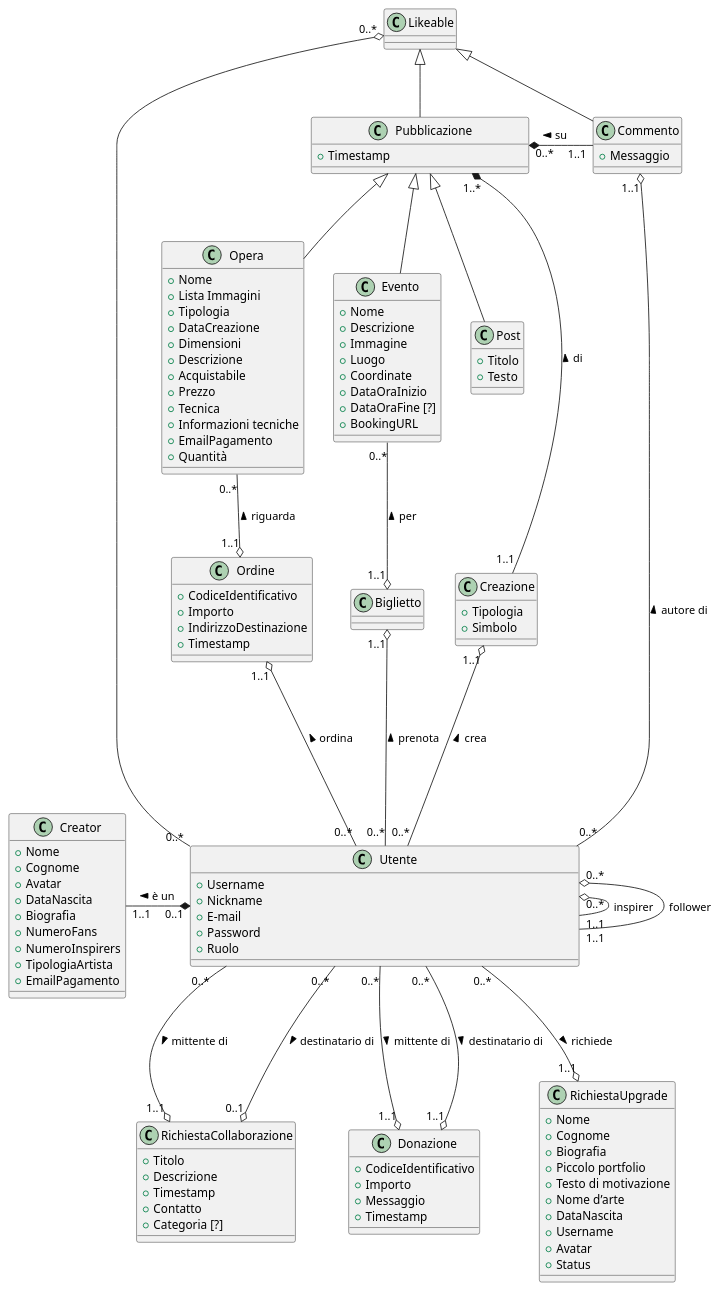
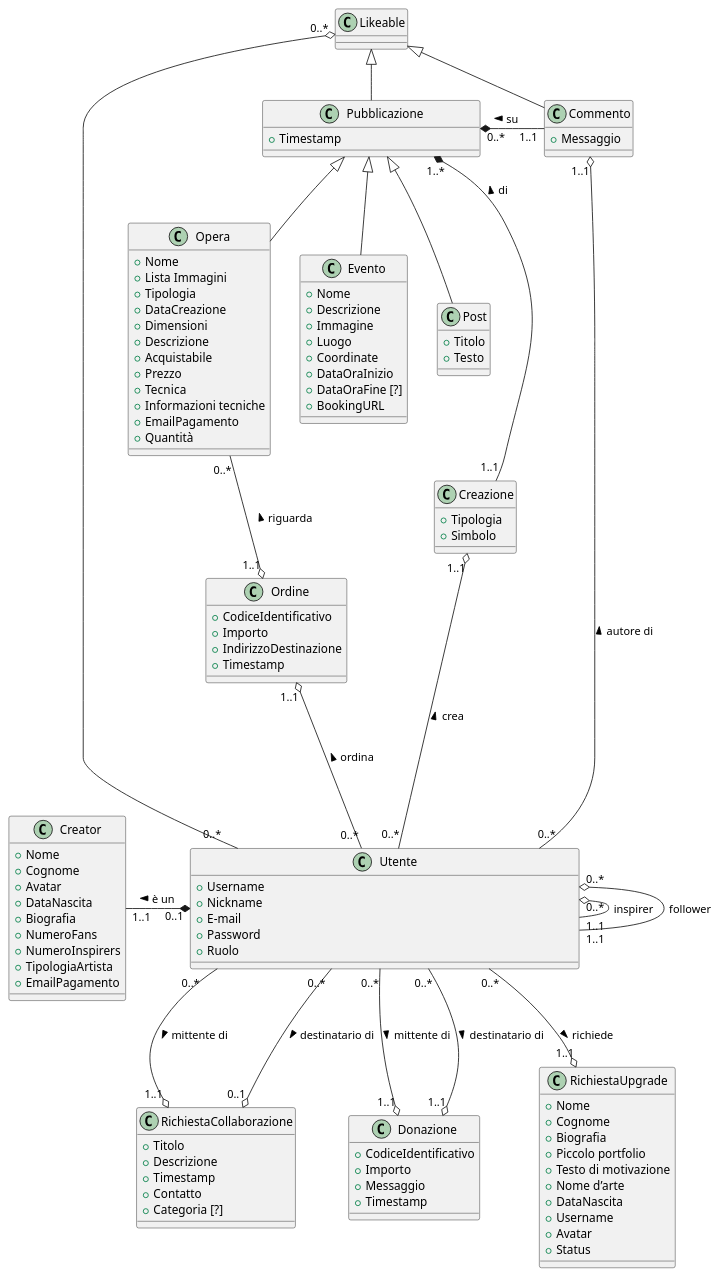
One commit to creative-hub-taass/analisi changed the diagram in class-diagram/class-diagram-er.puml. Above: the diagram before and after it, drawn with PlantUML. The commit also changed 4 other files, not shown here.

Commit message:
updated class-diagram and design-pattern + png export

```diff
--- a/class-diagram/class-diagram-er.puml
+++ b/class-diagram/class-diagram-er.puml
@@ -1,133 +1,129 @@
 @startuml
-skinparam ranksep 80
 
 class Utente {
 + Username
 + Nickname
 + E-mail
 + Password
 + Ruolo \t\t\t\t\t\t\t\t\t\t\t\t\t\t
 }
 
 class Creator {
 + Nome
 + Cognome
 + Avatar
 + DataNascita
 + Biografia
 + NumeroFans
 + NumeroInspirers
 + TipologiaArtista
 + EmailPagamento
 }
 
 class Creazione {
 + Tipologia
 + Simbolo
 }
 
 class Opera {
 + Nome
 + Lista Immagini
 + Tipologia
 + DataCreazione
 + Dimensioni
 + Descrizione
 + Acquistabile
 + Prezzo
 + Tecnica
 + Informazioni tecniche
 + EmailPagamento
 + Quantità
 }
 
 class Post {
 + Titolo
 + Testo
 }
 
 class Evento {
 + Nome
 + Descrizione
 + Immagine
 + Luogo
 + Coordinate
 + DataOraInizio
 + DataOraFine [?]
 + BookingURL
 }
 
 class Commento {
 + Messaggio
 }
 
 class Pubblicazione {
 + Timestamp \t\t\t\t\t\t
 }
 
 class Likeable {
 }
 
 class RichiestaCollaborazione {
 + Titolo
 + Descrizione
 + Timestamp
 + Contatto
 + Categoria [?]
 }
 
 
 class Donazione {
 + CodiceIdentificativo
 + Importo
 + Messaggio
 + Timestamp
 }
 
 class Ordine {
 + CodiceIdentificativo
 + Importo
 + IndirizzoDestinazione
 + Timestamp
 }
 
 class RichiestaUpgrade {
 + Nome
 + Cognome
 + Biografia
 + Piccolo portfolio
 + Testo di motivazione
 + Nome d’arte
 + DataNascita
 + Username
 + Avatar
 + Status
 }
 
 Opera --up|> Pubblicazione
 Post -up-|> Pubblicazione
 Evento -up-|> Pubblicazione
 Pubblicazione -up-|> Likeable
 Commento -up-|> Likeable
 Utente "0..*" o- "1..1" Utente : inspirer\t
 Utente "0..*" o- "1..1" Utente : follower
 Utente "0..1" *-left- "1..1" Creator : > è un\t
 Creazione "1..1" o-down- "0..*" Utente : < crea
 Pubblicazione "1..*" *-down- "1..1" Creazione : < di
 Commento "1..1" o-down- "0..*" Utente : < autore di
 Likeable "0..*" o- "0..*" Utente
 Pubblicazione "0..*" *-right- "1..1" Commento : < su\t
-Biglietto "1..1" o-up- "0..*" Evento : per >
-Biglietto "1..1" o-down- "0..*" Utente : < prenota
 Donazione "1..1" o-up- "0..*" Utente : mittente di <
 Donazione "1..1" o-up- "0..*" Utente : destinatario di <
 Ordine "1..1" o--down- "0..*" Utente : < ordina
 Ordine "1..1" o-up- "0..*" Opera : riguarda >
 RichiestaUpgrade "1..1" o-up- "0..*" Utente : < richiede
 RichiestaCollaborazione "1..1" o-up- "0..*" Utente : mittente di <
 RichiestaCollaborazione "0..1" o-up- "0..*" Utente : destinatario di <
 
 Post -[hidden]left- Evento
 Opera -[hidden]right- Evento
-Biglietto -[hidden]right- Creazione
 @enduml
```
